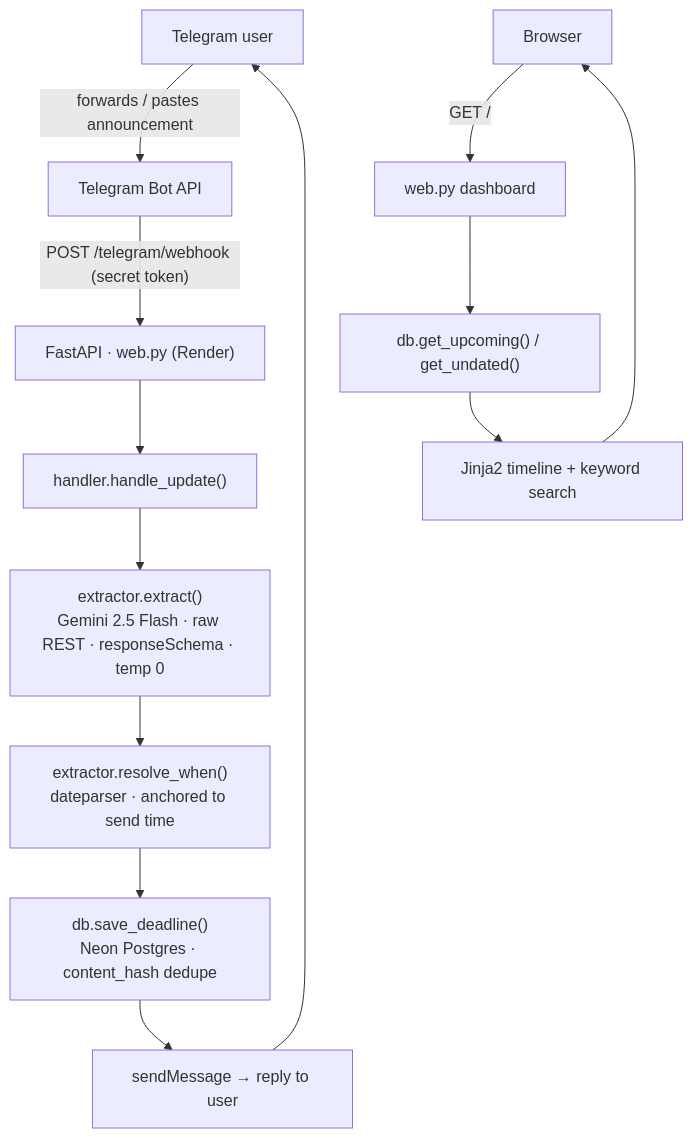
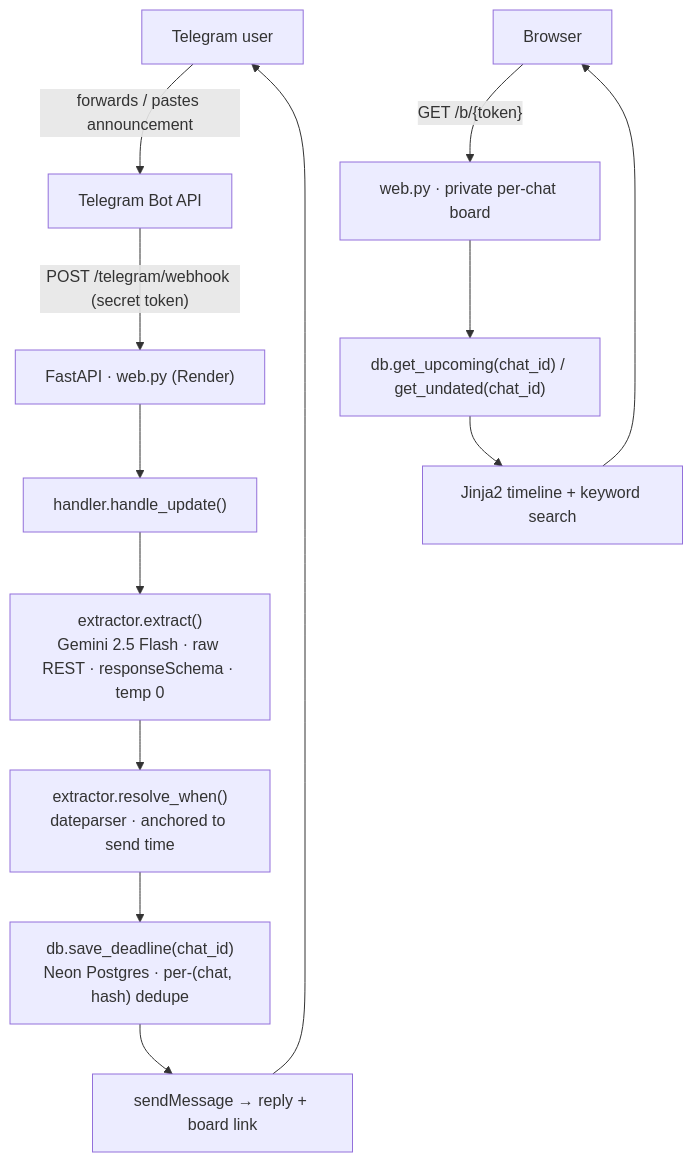
One commit to aimless-cupid/deadline-bot changed the diagram in README.md. Above: the diagram before and after it, drawn with Mermaid. The commit also changed other lines of this file, not shown here.

````diff
--- a/README.md
+++ b/README.md
@@ -13,16 +13,16 @@
 ```mermaid
 flowchart TD
     U["Telegram user"] -->|"forwards / pastes announcement"| TG["Telegram Bot API"]
     TG -->|"POST /telegram/webhook (secret token)"| W["FastAPI · web.py (Render)"]
     W --> H["handler.handle_update()"]
     H --> E["extractor.extract()<br/>Gemini 2.5 Flash · raw REST · responseSchema · temp 0"]
     E --> R["extractor.resolve_when()<br/>dateparser · anchored to send time"]
-    R --> S["db.save_deadline()<br/>Neon Postgres · content_hash dedupe"]
-    S --> RE["sendMessage → reply to user"]
+    R --> S["db.save_deadline(chat_id)<br/>Neon Postgres · per-(chat, hash) dedupe"]
+    S --> RE["sendMessage → reply + board link"]
     RE --> U
 
-    B["Browser"] -->|"GET /"| D["web.py dashboard"]
-    D --> G["db.get_upcoming() / get_undated()"]
+    B["Browser"] -->|"GET /b/{token}"| D["web.py · private per-chat board"]
+    D --> G["db.get_upcoming(chat_id) / get_undated(chat_id)"]
     G --> J["Jinja2 timeline + keyword search"]
     J --> B
 ```
````
